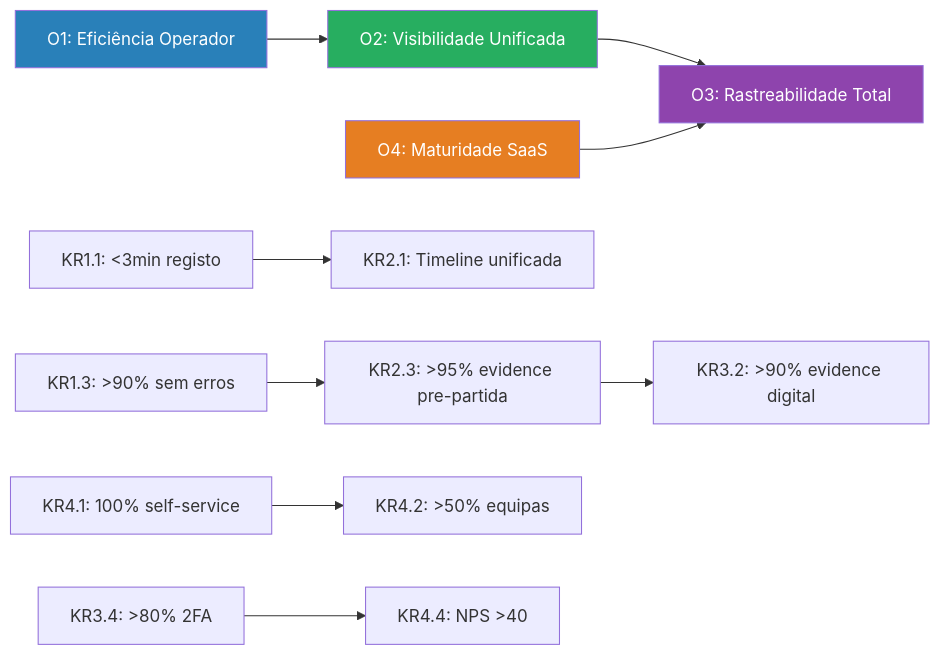
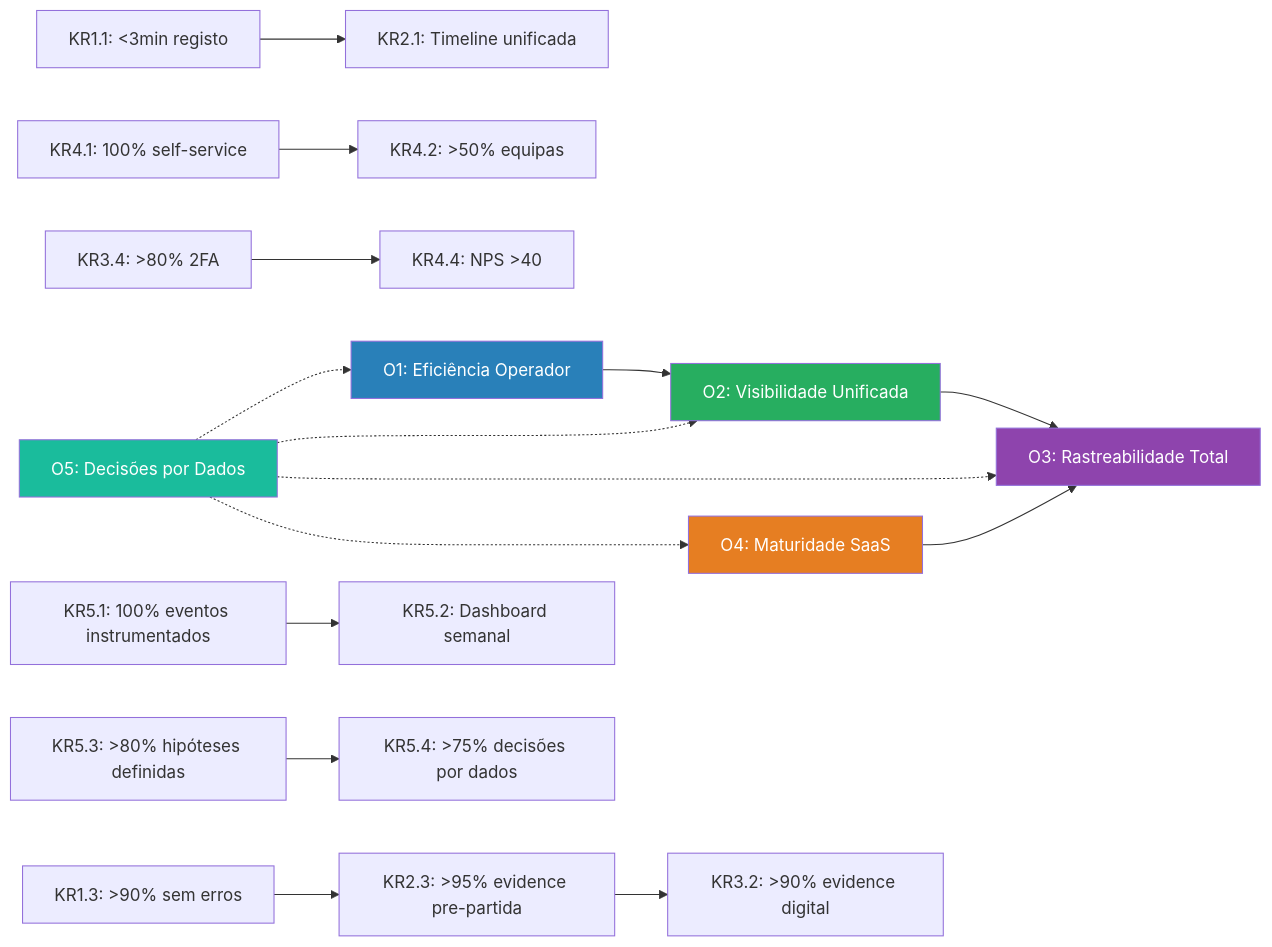
Before and after one commit to marquesstelvio1/SAP: the third of 4 diagrams in docs/product/product-vision-okrs.md, drawn with Mermaid. The commit also changed other lines of this file and 4 other files, not shown here.

````diff
--- a/docs/product/product-vision-okrs.md
+++ b/docs/product/product-vision-okrs.md
@@ -331,17 +351,24 @@
 ```mermaid
 graph LR
     O1["O1: Eficiência Operador"] --> O2["O2: Visibilidade Unificada"]
     O2 --> O3["O3: Rastreabilidade Total"]
     O4["O4: Maturidade SaaS"] --> O3
+    O5["O5: Decisões por Dados"] -.-> O1
+    O5 -.-> O2
+    O5 -.-> O3
+    O5 -.-> O4
 
     KR1_1["KR1.1: <3min registo"] --> KR2_1["KR2.1: Timeline unificada"]
     KR1_3["KR1.3: >90% sem erros"] --> KR2_3["KR2.3: >95% evidence pre-partida"]
     KR2_3 --> KR3_2["KR3.2: >90% evidence digital"]
     KR4_1["KR4.1: 100% self-service"] --> KR4_2["KR4.2: >50% equipas"]
     KR3_4["KR3.4: >80% 2FA"] --> KR4_4["KR4.4: NPS >40"]
+    KR5_1["KR5.1: 100% eventos instrumentados"] --> KR5_2["KR5.2: Dashboard semanal"]
+    KR5_3["KR5.3: >80% hipóteses definidas"] --> KR5_4["KR5.4: >75% decisões por dados"]
 
     style O1 fill:#2980B9,color:#fff
     style O2 fill:#27AE60,color:#fff
     style O3 fill:#8E44AD,color:#fff
     style O4 fill:#E67E22,color:#fff
+    style O5 fill:#1ABC9C,color:#fff
 ```
````
